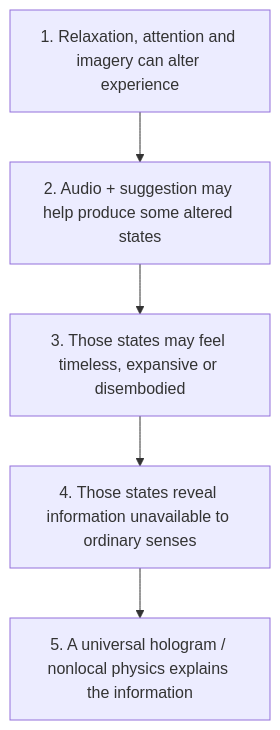
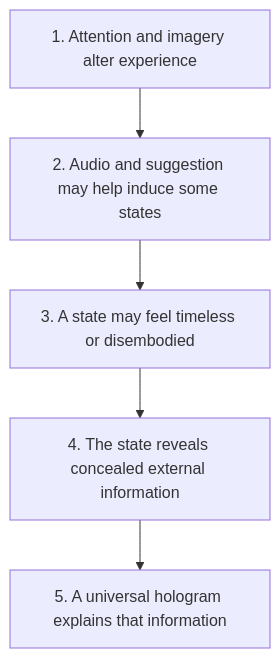
Before and after one commit to MoneyforNotn/Project-Gateway: the diagram in README.md, drawn with Mermaid. The commit also changed other lines of this file and 36 other files, not shown here.

````diff
--- a/README.md
+++ b/README.md
@@ -57,10 +36,9 @@
 ```mermaid
 flowchart TD
-    A["1. Relaxation, attention and imagery can alter experience"]
-    B["2. Audio + suggestion may help produce some altered states"]
-    C["3. Those states may feel timeless, expansive or disembodied"]
-    D["4. Those states reveal information unavailable to ordinary senses"]
-    E["5. A universal hologram / nonlocal physics explains the information"]
-
+    A["1. Attention and imagery alter experience"]
+    B["2. Audio and suggestion may help induce some states"]
+    C["3. A state may feel timeless or disembodied"]
+    D["4. The state reveals concealed external information"]
+    E["5. A universal hologram explains that information"]
     A --> B --> C --> D --> E
 ```
````
